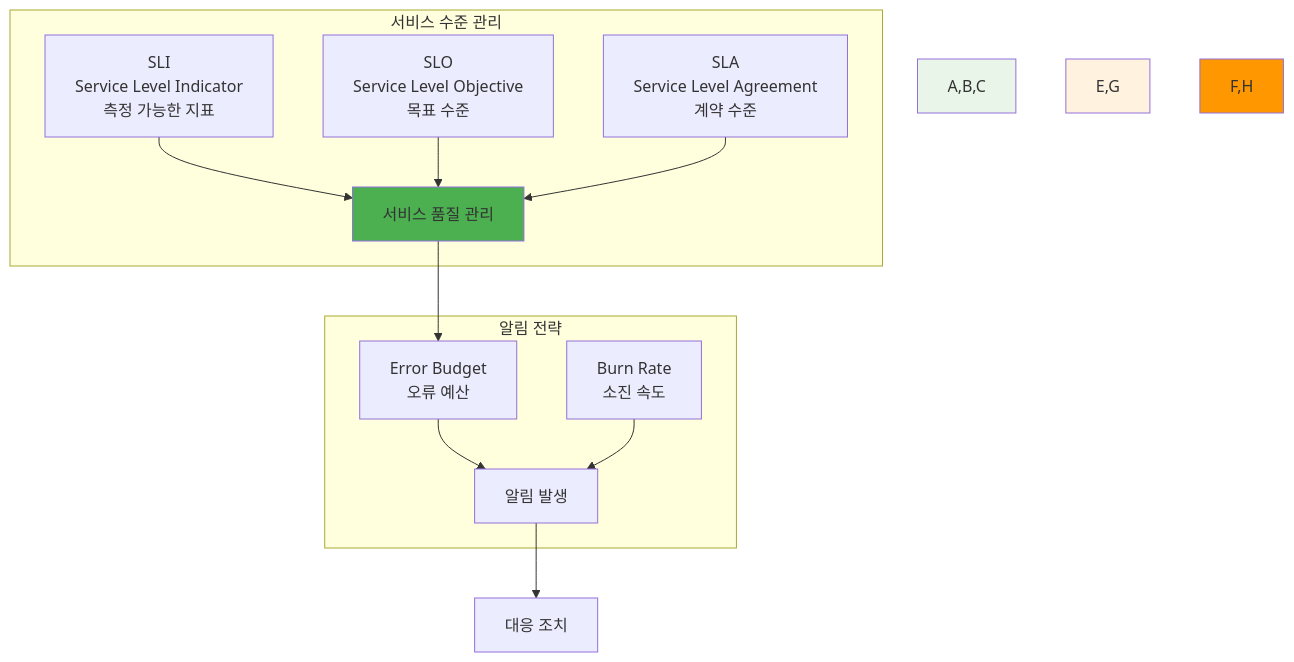
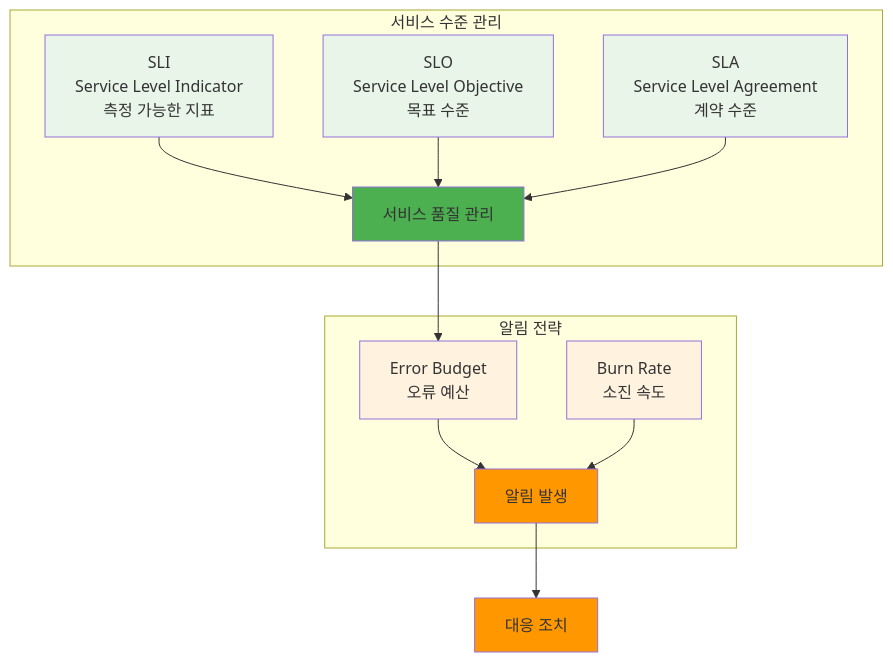
The ninth of 10 diagrams in theory/week_02/day3/README_corrected.md (niceguy61/kdt_devops_lecture_2025), drawn with Mermaid before and after one commit. The commit also changed other lines of this file and 63 other files, not shown here.

````diff
--- a/theory/week_02/day3/README_corrected.md
+++ b/theory/week_02/day3/README_corrected.md
@@ -477,21 +503,25 @@
 ```mermaid
 graph TB
     subgraph "서비스 수준 관리"
         A[SLI<br/>Service Level Indicator<br/>측정 가능한 지표] --> D[서비스 품질 관리]
         B[SLO<br/>Service Level Objective<br/>목표 수준] --> D
         C[SLA<br/>Service Level Agreement<br/>계약 수준] --> D
     end
     
     subgraph "알림 전략"
         E[Error Budget<br/>오류 예산] --> F[알림 발생]
         G[Burn Rate<br/>소진 속도] --> F
     end
     
     D --> E
     F --> H[대응 조치]
     
-    style A,B,C fill:#e8f5e8
+    style A fill:#e8f5e8
+    style B fill:#e8f5e8
+    style C fill:#e8f5e8
     style D fill:#4caf50
-    style E,G fill:#fff3e0
-    style F,H fill:#ff9800
+    style E fill:#fff3e0
+    style G fill:#fff3e0
+    style F fill:#ff9800
+    style H fill:#ff9800
 ```
````
